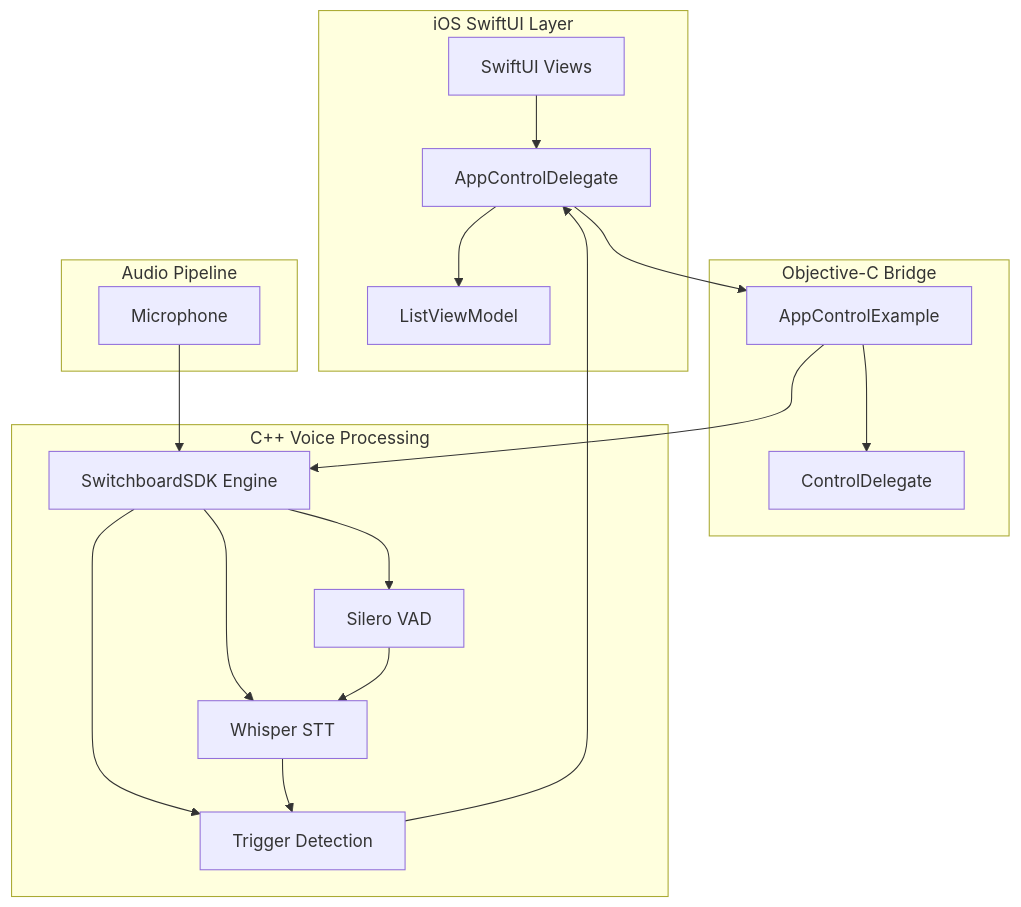
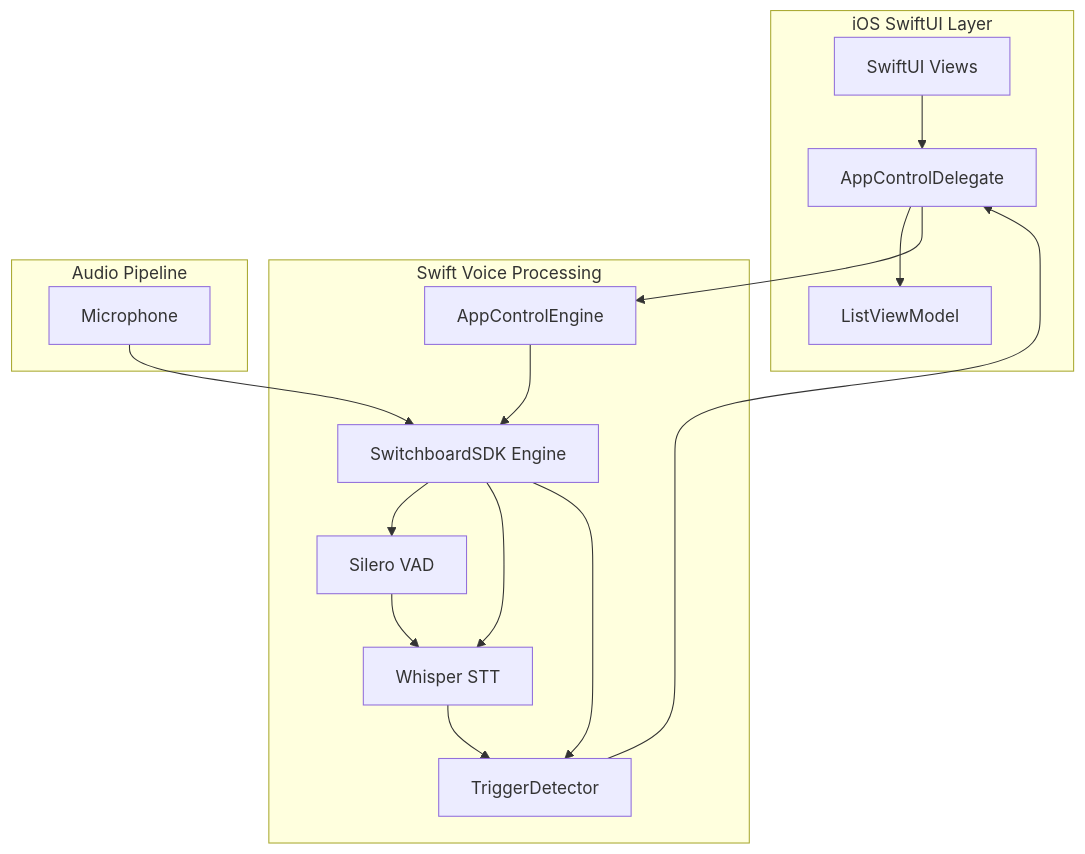
One commit to switchboard-sdk/voice-app-control-example-ios changed the diagram in voice-control.md. Above: the diagram before and after it, drawn with Mermaid. The commit also changed other lines of this file and 2 other files, not shown here.

Commit message:
swift update

````diff
--- a/voice-control.md
+++ b/voice-control.md
@@ -23,26 +22,22 @@
 ```mermaid
 flowchart TB
     subgraph "iOS SwiftUI Layer"
         UI[SwiftUI Views] --> Delegate[AppControlDelegate]
         Delegate --> ViewModel[ListViewModel]
     end
 
-    subgraph "Objective-C Bridge"
-        Delegate --> ObjC[AppControlExample]
-        ObjC --> Protocol[ControlDelegate]
-    end
-
-    subgraph "C++ Voice Processing"
-        ObjC --> Engine[SwitchboardSDK Engine]
+    subgraph "Swift Voice Processing"
+        Delegate --> Swift[AppControlEngine]
+        Swift --> Engine[SwitchboardSDK Engine]
         Engine --> VAD[Silero VAD]
         Engine --> STT[Whisper STT]
-        Engine --> Triggers[Trigger Detection]
+        Engine --> Triggers[TriggerDetector]
     end
 
     subgraph "Audio Pipeline"
         Mic[Microphone] --> Engine
         VAD --> STT
         STT --> Triggers
         Triggers --> Delegate
     end
 ```
````
